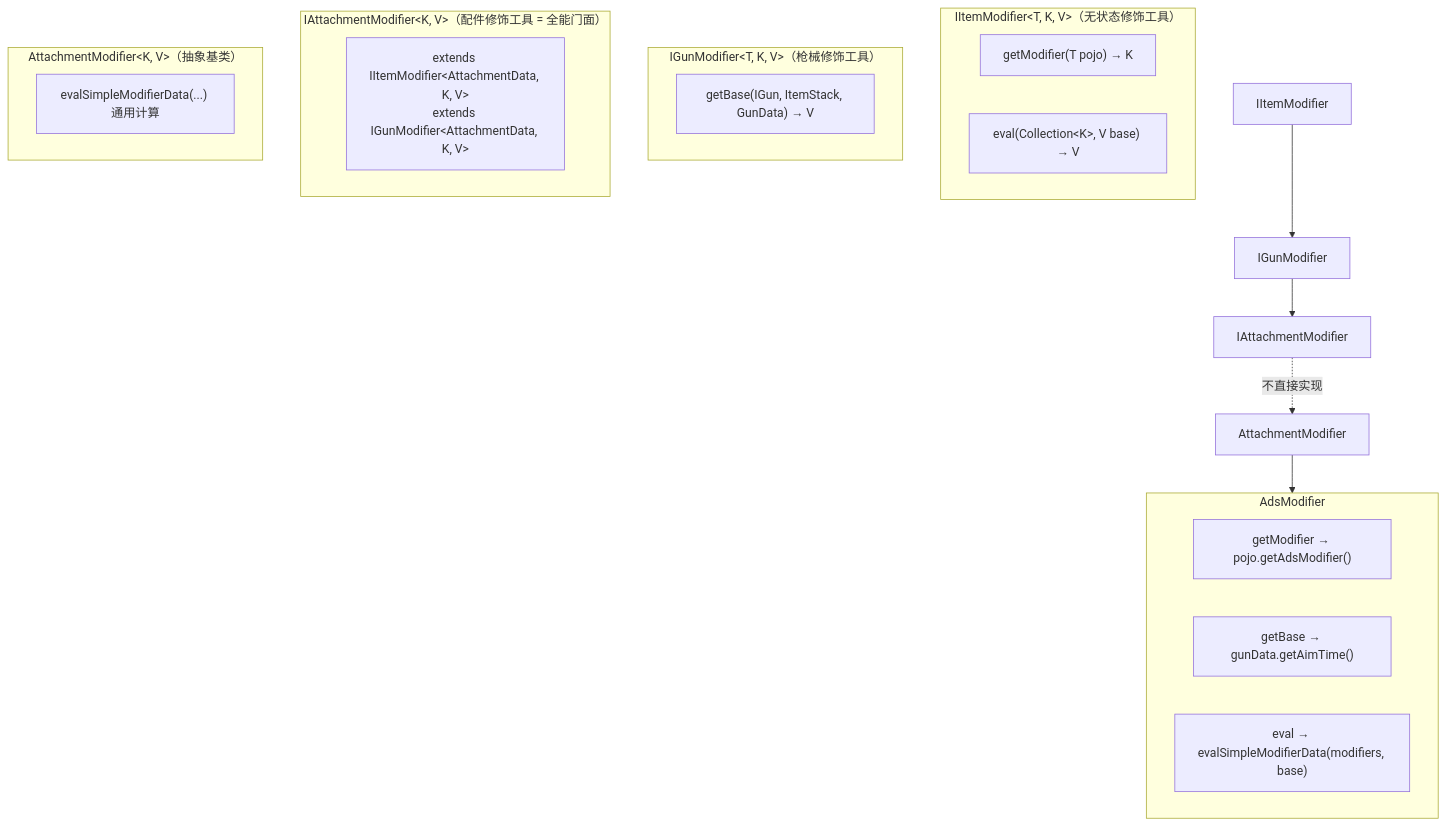
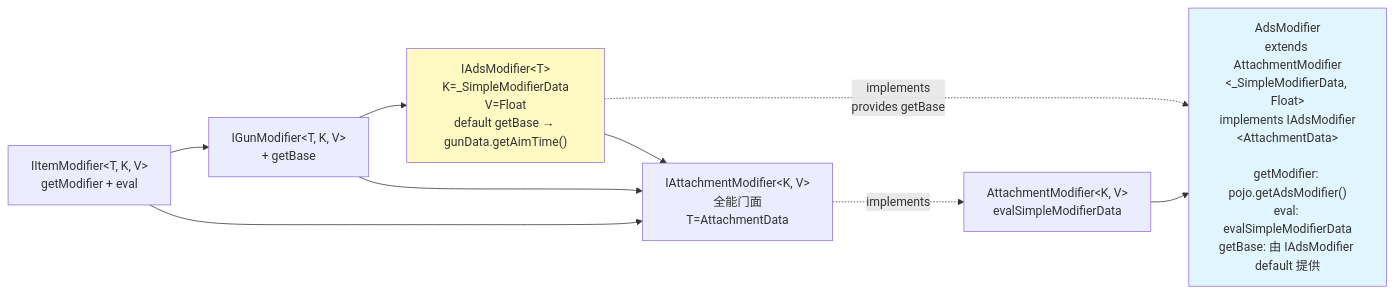
Before and after one commit to XColorful/Custom-Gun-Continued: the fifth of 5 diagrams in docs/architecture/core/entity/shooter/modifier/design-evolution.md, drawn with Mermaid. The commit also changed other lines of this file and 43 other files, not shown here.

Commit message:
refactor: Move getBase out of IAttachmentModifier with interface constraints

````diff
--- a/docs/architecture/core/entity/shooter/modifier/design-evolution.md
+++ b/docs/architecture/core/entity/shooter/modifier/design-evolution.md
@@ -138,30 +135,14 @@
 ```mermaid
-graph TB
-    subgraph "IItemModifier&lt;T, K, V&gt;（无状态修饰工具）"
-        GM["getModifier(T pojo) → K"]
-        EV["eval(Collection&lt;K&gt;, V base) → V"]
-    end
+graph LR
+    IIM["IItemModifier&lt;T, K, V&gt;<br/>getModifier + eval"] --> IGM["IGunModifier&lt;T, K, V&gt;<br/>+ getBase"]
+    IGM --> IAds["IAdsModifier&lt;T&gt;<br/>K=_SimpleModifierData<br/>V=Float<br/>default getBase → gunData.getAimTime()"]
+    IAds --> IAM
+    IGM --> IAM["IAttachmentModifier&lt;K, V&gt;<br/>全能门面<br/>T=AttachmentData"]
+    IIM --> IAM
+    IAM -.->|"implements"| AM["AttachmentModifier&lt;K, V&gt;<br/>evalSimpleModifierData"]
+    IAds -.->|"implements<br/>provides getBase"| AdM
+    AM --> AdM["AdsModifier<br/>extends AttachmentModifier<br/>&lt;_SimpleModifierData, Float&gt;<br/>implements IAdsModifier<br/>&lt;AttachmentData&gt;<br/><br/>getModifier: pojo.getAdsModifier()<br/>eval: evalSimpleModifierData<br/>getBase: 由 IAdsModifier default 提供"]
 
-    subgraph "IGunModifier&lt;T, K, V&gt;（枪械修饰工具）"
-        GB["getBase(IGun, ItemStack, GunData) → V"]
-    end
-
-    subgraph "IAttachmentModifier&lt;K, V&gt;（配件修饰工具 = 全能门面）"
-        ALL["extends IItemModifier&lt;AttachmentData, K, V&gt;<br/>extends IGunModifier&lt;AttachmentData, K, V&gt;"]
-    end
-
-    subgraph "AttachmentModifier&lt;K, V&gt;（抽象基类）"
-        ES["evalSimpleModifierData(...) 通用计算"]
-    end
-
-    subgraph "AdsModifier"
-        AD_GM["getModifier → pojo.getAdsModifier()"]
-        AD_GB["getBase → gunData.getAimTime()"]
-        AD_EV["eval → evalSimpleModifierData(modifiers, base)"]
-    end
-
-    IItemModifier --> IGunModifier
-    IGunModifier --> IAttachmentModifier
-    IAttachmentModifier -.->|"不直接实现"| AttachmentModifier
-    AttachmentModifier --> AdsModifier
+    style IAds fill:#fff9c4
+    style AdM fill:#e1f5fe
 ```
````
